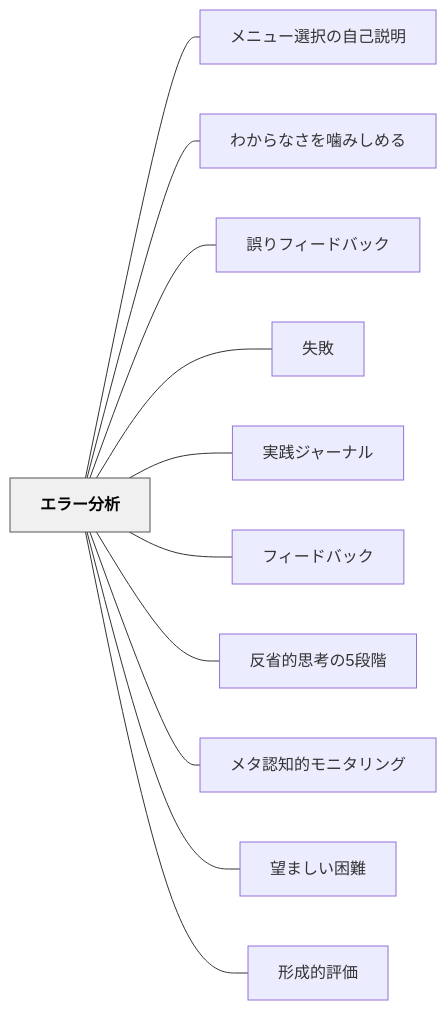
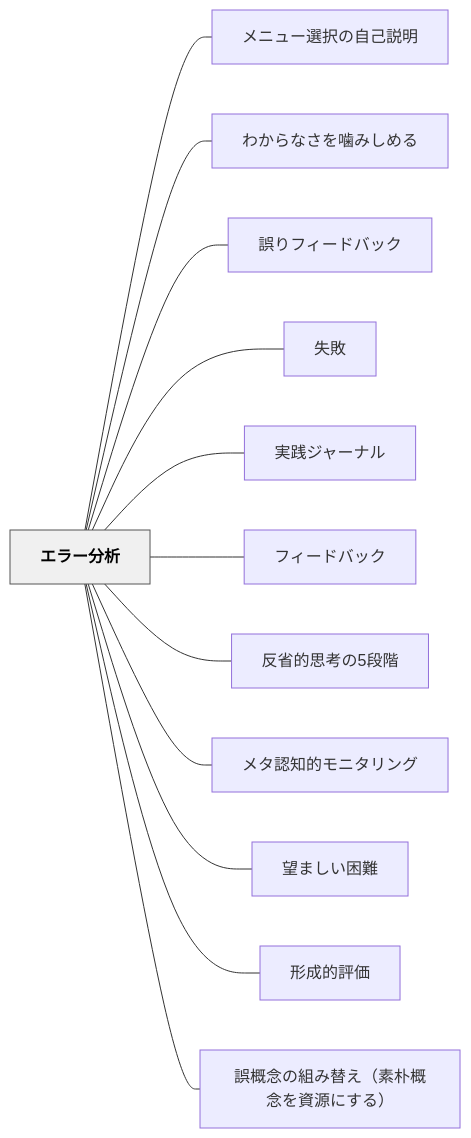
One commit to unknownthings-ed-patterns/unknownthings-ed-patterns changed the diagram in content/パタン/エラー分析.md. Above: the diagram before and after it, drawn with Mermaid. The commit also changed other lines of this file and 1 other file, not shown here.

Commit message:
auto: Obsidianから同期 2026-06-13 02:48

````diff
--- a/content/パタン/エラー分析.md
+++ b/content/パタン/エラー分析.md
@@ -69,28 +70,30 @@
 ```mermaid
 flowchart LR
     ne382a8e383a9e383bce58886e69e90["エラー分析"]
     ne383a1e3838be383a5e383bce981b8e68a9ee381aee887aae5b7b1e8aaace6988e["メニュー選択の自己説明"]
     ne3828fe3818be38289e381aae38195e38292e5999be381bfe38197e38281e3828b["わからなさを噛みしめる"]
     ne8aaa4e3828ae38395e382a3e383bce38389e38390e38383e382af["誤りフィードバック"]
     ne5a4b1e69597["失敗"]
     ne5ae9fe8b7b5e382b8e383a3e383bce3838ae383ab["実践ジャーナル"]
     ne38395e382a3e383bce38389e38390e38383e382af["フィードバック"]
     ne58f8de79c81e79a84e6809de88083e381ae35e6aeb5e99a8e["反省的思考の5段階"]
     ne383a1e382bfe8aa8de79fa5e79a84e383a2e3838be382bfe383aae383b3e382b0["メタ認知的モニタリング"]
     ne69c9be381bee38197e38184e59bb0e99ba3["望ましい困難"]
     ne5bda2e68890e79a84e8a995e4bea1["形成的評価"]
+    ne8aaa4e6a682e5bfb5e381aee7b584e381bfe69bbfe38188efbc88e7b4a0e69cb4e6a682e5bfb5e38292e8b387e6ba90e381abe38199e3828befbc89["誤概念の組み替え（素朴概念を資源にする）"]
 
     ne382a8e383a9e383bce58886e69e90 --- ne383a1e3838be383a5e383bce981b8e68a9ee381aee887aae5b7b1e8aaace6988e
     ne382a8e383a9e383bce58886e69e90 --- ne3828fe3818be38289e381aae38195e38292e5999be381bfe38197e38281e3828b
     ne382a8e383a9e383bce58886e69e90 --- ne8aaa4e3828ae38395e382a3e383bce38389e38390e38383e382af
     ne382a8e383a9e383bce58886e69e90 --- ne5a4b1e69597
     ne382a8e383a9e383bce58886e69e90 --- ne5ae9fe8b7b5e382b8e383a3e383bce3838ae383ab
     ne382a8e383a9e383bce58886e69e90 --- ne38395e382a3e383bce38389e38390e38383e382af
     ne382a8e383a9e383bce58886e69e90 --- ne58f8de79c81e79a84e6809de88083e381ae35e6aeb5e99a8e
     ne382a8e383a9e383bce58886e69e90 --- ne383a1e382bfe8aa8de79fa5e79a84e383a2e3838be382bfe383aae383b3e382b0
     ne382a8e383a9e383bce58886e69e90 --- ne69c9be381bee38197e38184e59bb0e99ba3
     ne382a8e383a9e383bce58886e69e90 --- ne5bda2e68890e79a84e8a995e4bea1
+    ne382a8e383a9e383bce58886e69e90 --- ne8aaa4e6a682e5bfb5e381aee7b584e381bfe69bbfe38188efbc88e7b4a0e69cb4e6a682e5bfb5e38292e8b387e6ba90e381abe38199e3828befbc89
 
     classDef hub fill:#f0f0f0,stroke:#555,color:#000,font-weight:bold
     class ne382a8e383a9e383bce58886e69e90 hub
 ```
````
